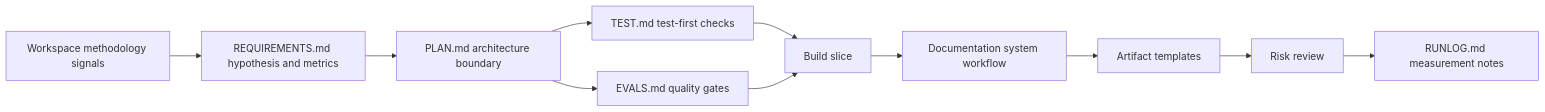
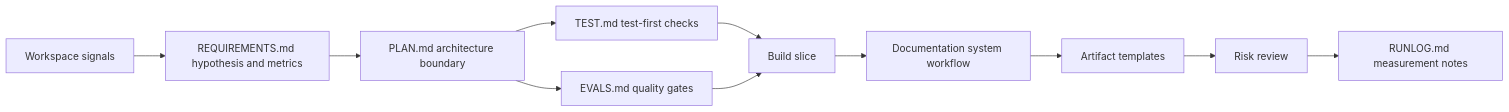
Before and after one commit to alexroadcaster/product-agent-os: the second of 9 diagrams in docs/product-agent-os/architecture.md, drawn with Mermaid. The commit also changed other lines of this file and 34 other files, not shown here.

````diff
--- a/docs/product-agent-os/architecture.md
+++ b/docs/product-agent-os/architecture.md
@@ -40,13 +62,13 @@
 ```mermaid
 flowchart LR
-    S["Workspace methodology signals"] --> A["REQUIREMENTS.md hypothesis and metrics"]
+    S["Workspace signals"] --> A["REQUIREMENTS.md hypothesis and metrics"]
     A --> B["PLAN.md architecture boundary"]
     B --> C["TEST.md test-first checks"]
     B --> D["EVALS.md quality gates"]
     C --> E["Build slice"]
     D --> E
     E --> F["Documentation system workflow"]
     F --> T["Artifact templates"]
     T --> G["Risk review"]
     G --> H["RUNLOG.md measurement notes"]
 ```
````
